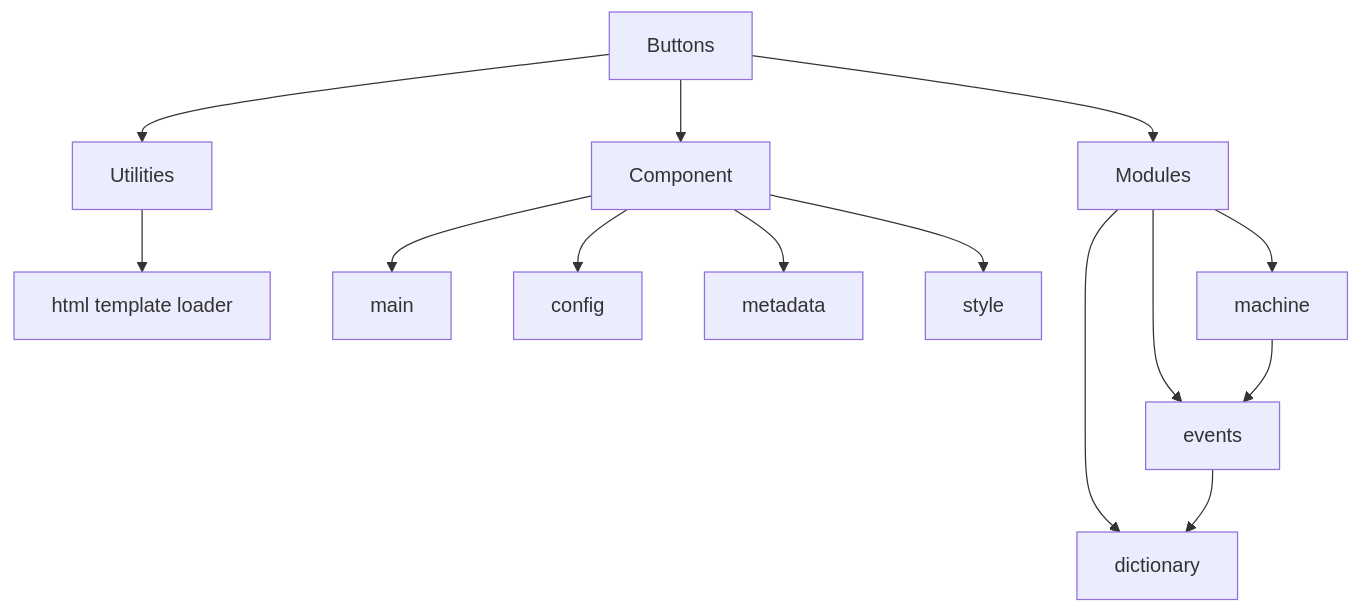
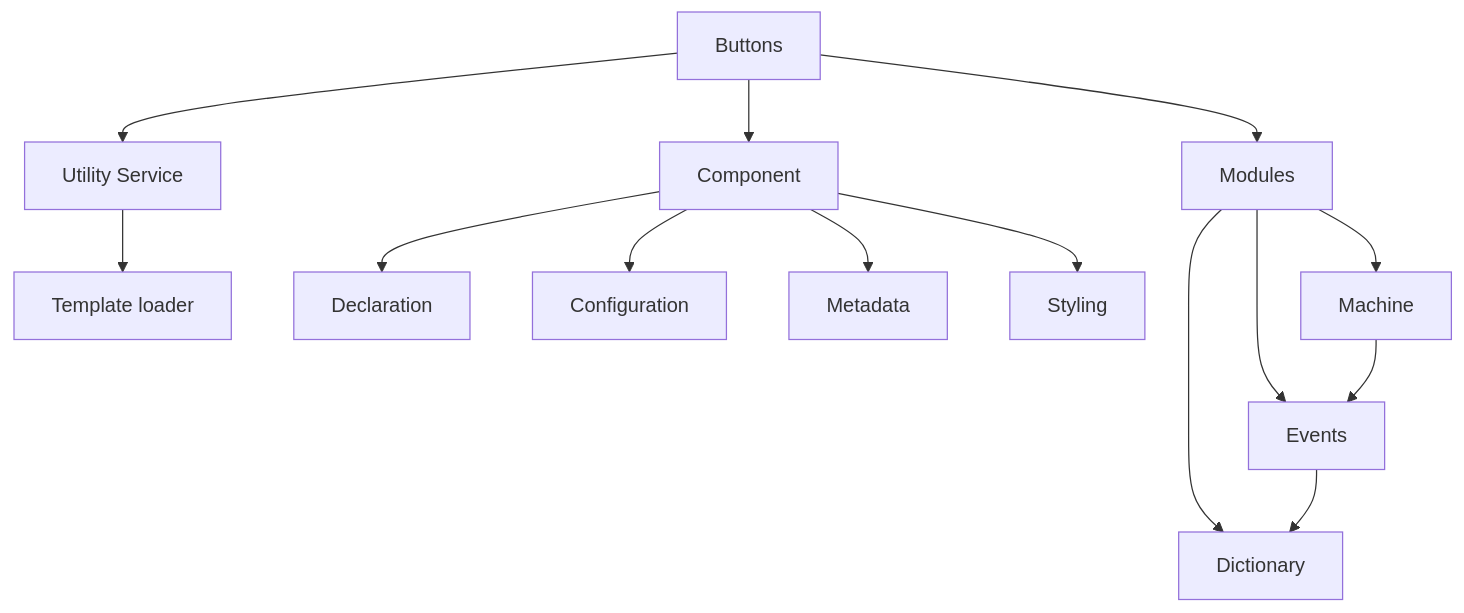
The diagram in README.md (FlippieCoetser/Buttons), drawn with Mermaid before and after one commit.

Commit message:
DOCUMENTATION: Update Dependency Tree Diagram

````diff
--- a/README.md
+++ b/README.md
@@ -13,17 +13,17 @@
 ```mermaid
     graph TD;
     A[Buttons]
-    A --> B[Utilities]
-    B --> C[html template loader]
+    A --> B[Utility Service]
+    B --> C[Template loader]
     A --> D[Component]
-    D --> E[main]
-    D --> F[config]
-    D --> G[metadata]
-    D --> H[style]
+    D --> E[Declaration]
+    D --> F[Configuration]
+    D --> G[Metadata]
+    D --> H[Styling]
     A --> I[Modules]
-    I --> L[machine]
-    I --> K[events]
-    I --> J[dictionary]
+    I --> L[Machine]
+    I --> K[Events]
+    I --> J[Dictionary]
     L --> K
     K --> J
 ```
````
